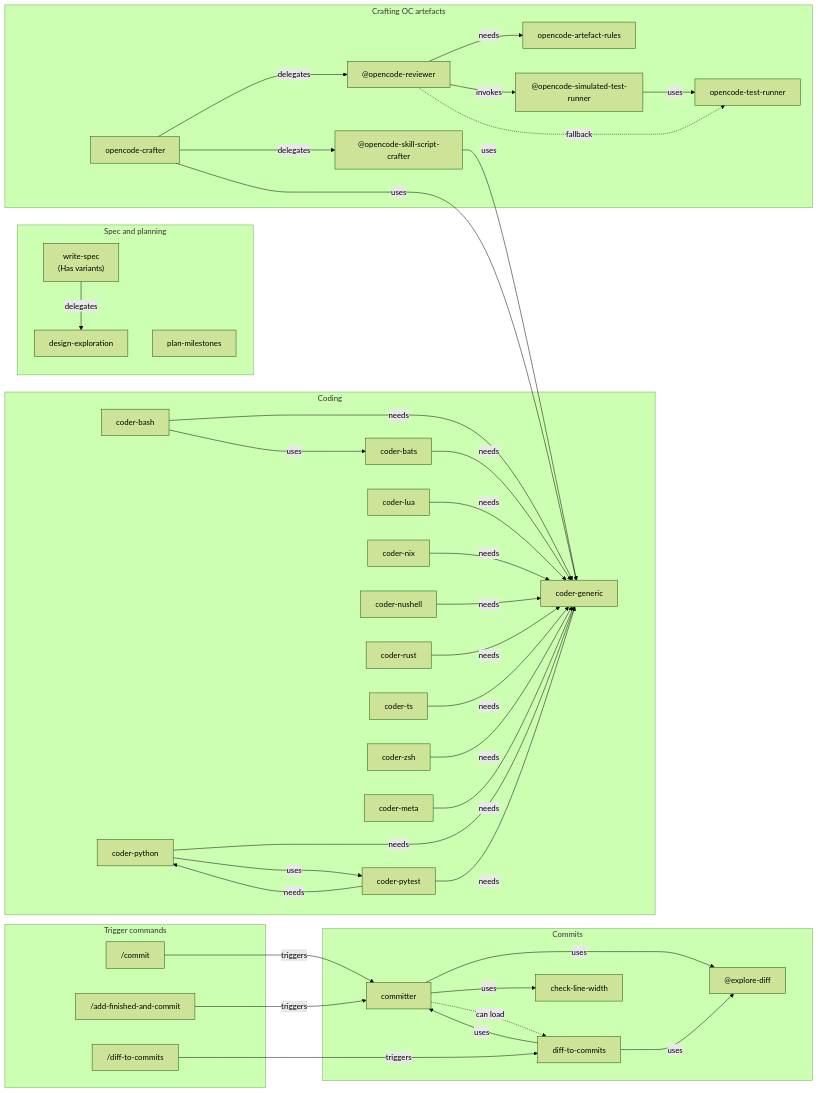
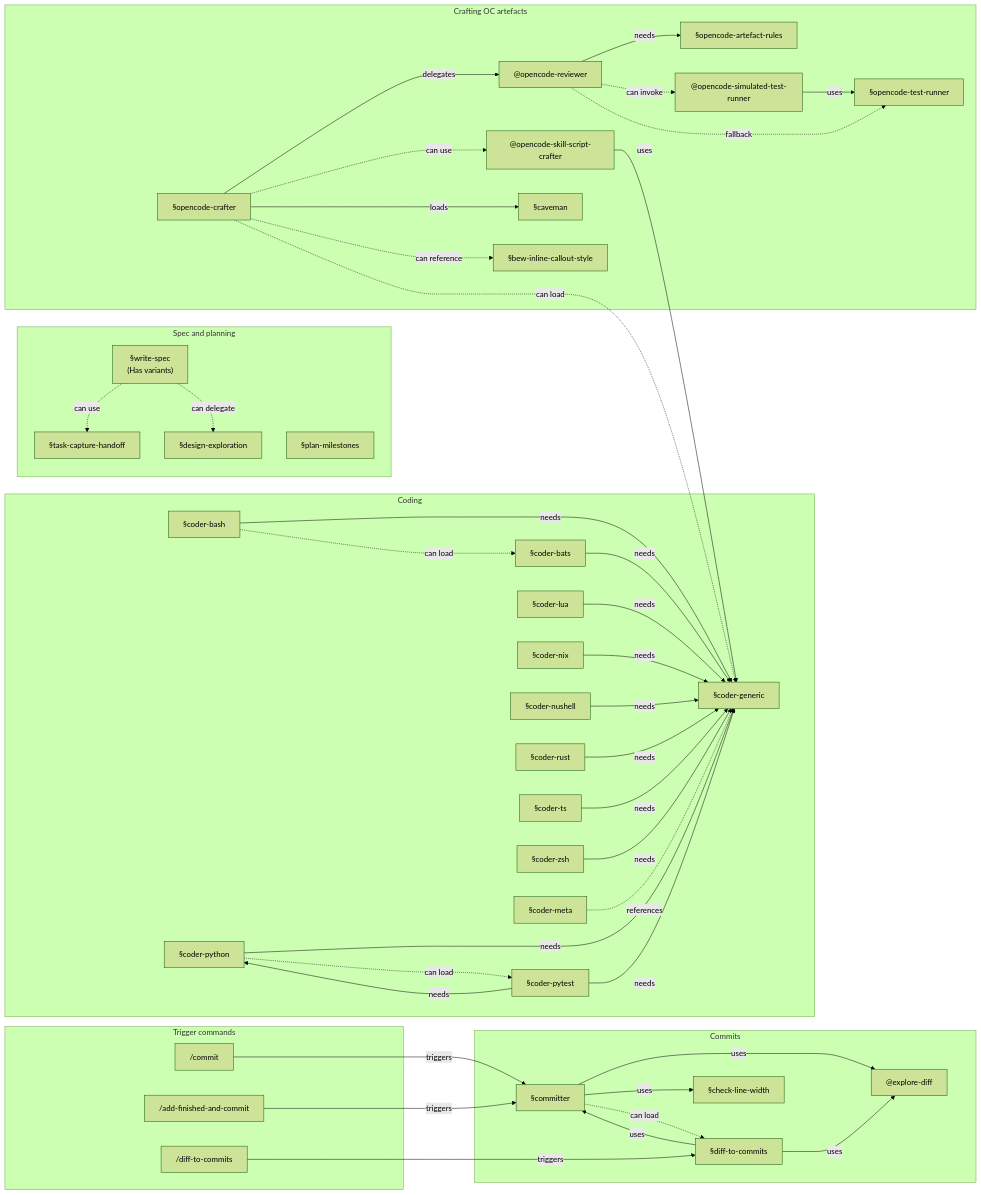
Before and after one commit to bew/dotfiles: the first of 2 diagrams in opencode/MY_AI_STUFF.md, drawn with Mermaid (forest theme). The commit also changed other lines of this file and 1 other file, not shown here.

Commit message:
oc(docs): Rework the catalogue graph labels and link strengths
Node labels carry a per-kind sigil (`@` agent, `/` command, `§` skill)
instead of leaving skills unprefixed.

Optional dependencies move off hard arrows onto dotted `can …` links,
and the missing soft links are wired up.

````diff
--- a/opencode/MY_AI_STUFF.md
+++ b/opencode/MY_AI_STUFF.md
@@ -20,38 +20,45 @@
 ```mermaid
 flowchart LR
+  %% Referenced by the craft/spec subgraphs but not members of them.
+  sk_cav["§caveman"]
+  sk_bew_callout["§bew-inline-callout-style"]
+  sk_task_capture["§task-capture-handoff"]
+
   subgraph craft[Crafting OC artefacts]
-    sk_crafter["opencode-crafter"]
+    sk_crafter["§opencode-crafter"]
     ag_reviewer["@opencode-reviewer"]
     ag_script_crafter["@opencode-skill-script-crafter"]
-    sk_artefact_rules["opencode-artefact-rules"]
-    sk_test_runner["opencode-test-runner"]
+    sk_artefact_rules["§opencode-artefact-rules"]
+    sk_test_runner["§opencode-test-runner"]
     ag_sim_test_runner["@opencode-simulated-test-runner"]
     sk_crafter -->|delegates| ag_reviewer
-    sk_crafter -->|delegates| ag_script_crafter
+    sk_crafter -. can use .-> ag_script_crafter
+    sk_crafter -->|loads| sk_cav
+    sk_crafter -. can reference .-> sk_bew_callout
     ag_reviewer -->|needs| sk_artefact_rules
-    ag_reviewer -->|invokes| ag_sim_test_runner
+    ag_reviewer -. can invoke .-> ag_sim_test_runner
     ag_sim_test_runner -->|uses| sk_test_runner
     ag_reviewer -. fallback .-> sk_test_runner
   end
 
   subgraph code[Coding]
-    sk_coder_generic["coder-generic"]
-    sk_coder_bash["coder-bash"]
-    sk_coder_bats["coder-bats"]
-    sk_coder_python["coder-python"]
-    sk_coder_pytest["coder-pytest"]
-    sk_coder_lua["coder-lua"]
-    sk_coder_nix["coder-nix"]
-    sk_coder_nushell["coder-nushell"]
-    sk_coder_rust["coder-rust"]
-    sk_coder_ts["coder-ts"]
-    sk_coder_zsh["coder-zsh"]
-    sk_coder_meta["coder-meta"]
+    sk_coder_generic["§coder-generic"]
+    sk_coder_bash["§coder-bash"]
+    sk_coder_bats["§coder-bats"]
+    sk_coder_python["§coder-python"]
+    sk_coder_pytest["§coder-pytest"]
+    sk_coder_lua["§coder-lua"]
+    sk_coder_nix["§coder-nix"]
+    sk_coder_nushell["§coder-nushell"]
+    sk_coder_rust["§coder-rust"]
+    sk_coder_ts["§coder-ts"]
+    sk_coder_zsh["§coder-zsh"]
+    sk_coder_meta["§coder-meta"]
     sk_coder_bash -->|needs| sk_coder_generic
-    sk_coder_bash -->|uses| sk_coder_bats
+    sk_coder_bash -. can load .-> sk_coder_bats
     sk_coder_bats -->|needs| sk_coder_generic
     sk_coder_python -->|needs| sk_coder_generic
-    sk_coder_python -->|uses| sk_coder_pytest
+    sk_coder_python -. can load .-> sk_coder_pytest
     sk_coder_pytest -->|needs| sk_coder_generic
     sk_coder_pytest -->|needs| sk_coder_python
     sk_coder_lua -->|needs| sk_coder_generic
@@ -60,23 +67,24 @@
     sk_coder_rust -->|needs| sk_coder_generic
     sk_coder_ts -->|needs| sk_coder_generic
     sk_coder_zsh -->|needs| sk_coder_generic
-    sk_coder_meta -->|needs| sk_coder_generic
-    sk_crafter -->|uses| sk_coder_generic
+    sk_coder_meta -. references .-> sk_coder_generic
+    sk_crafter -. can load .-> sk_coder_generic
     ag_script_crafter -->|uses| sk_coder_generic
   end
 
   subgraph spec[Spec and planning]
-    sk_write_spec["write-spec<br/>(Has variants)"]
-    sk_design_explore["design-exploration"]
-    sk_plan_milestones["plan-milestones"]
-    sk_write_spec -->|delegates| sk_design_explore
+    sk_write_spec["§write-spec<br/>(Has variants)"]
+    sk_design_explore["§design-exploration"]
+    sk_plan_milestones["§plan-milestones"]
+    sk_write_spec -. can delegate .-> sk_design_explore
+    sk_write_spec -. can use .-> sk_task_capture
   end
 
   subgraph commit[Commits]
-    sk_committer["committer"]
-    sk_diff2commits["diff-to-commits"]
+    sk_committer["§committer"]
+    sk_diff2commits["§diff-to-commits"]
     ag_explore_diff["@explore-diff"]
-    sk_check_width["check-line-width"]
+    sk_check_width["§check-line-width"]
     sk_committer -->|uses| ag_explore_diff
     sk_committer -->|uses| sk_check_width
     sk_committer -. can load .-> sk_diff2commits
````
